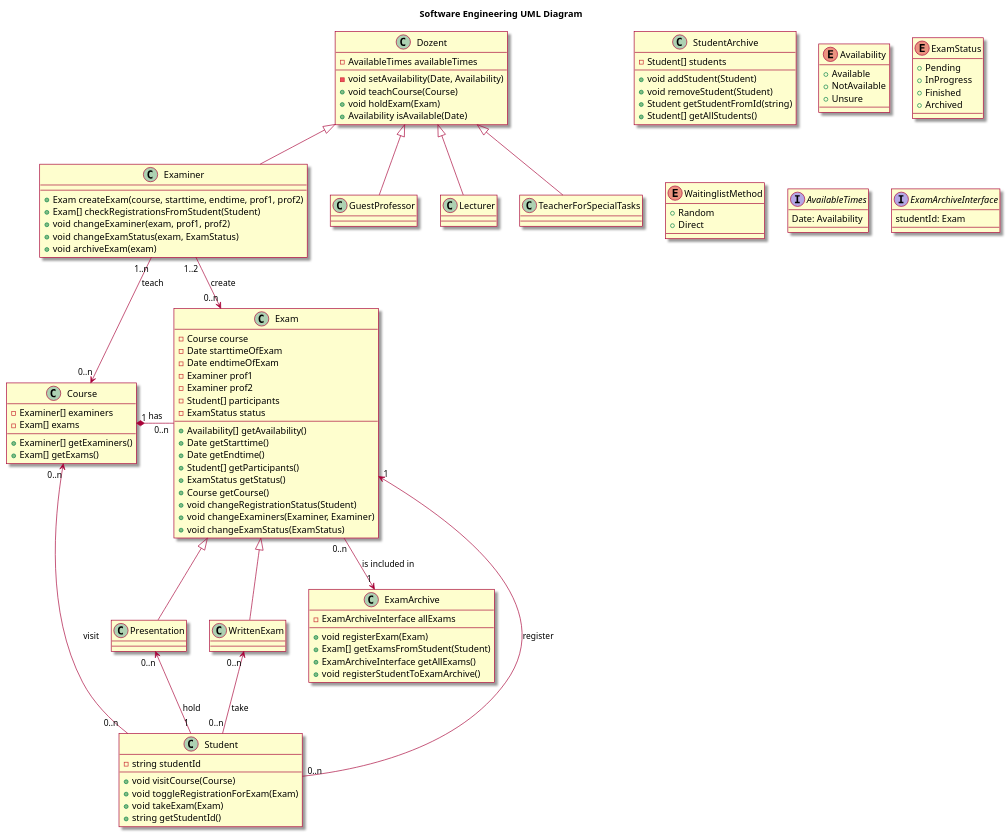
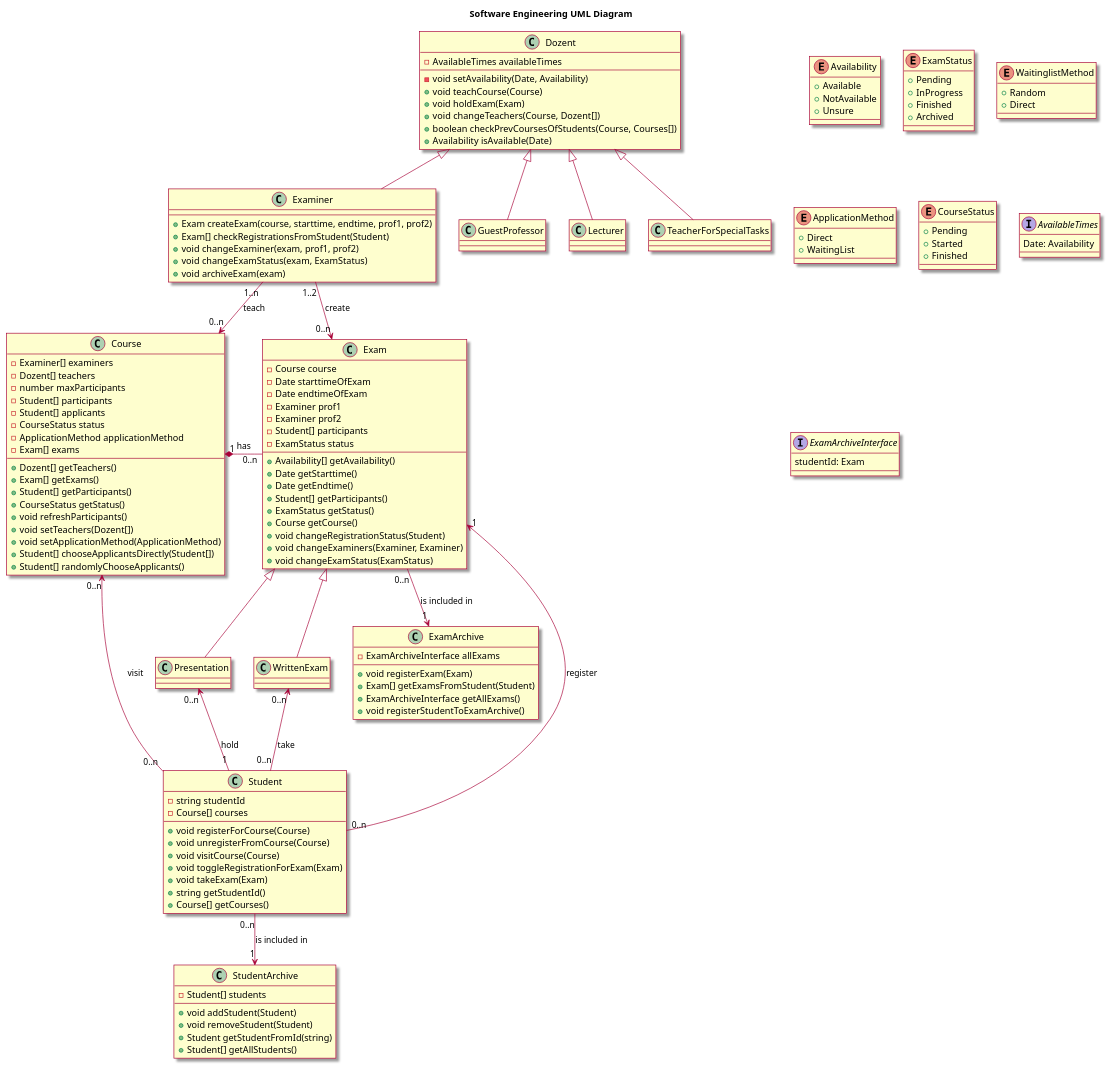
The diagram in diagrams/uml.puml (alexanderreiprich/Softwareengineering), drawn with PlantUML before and after one commit. The commit also changed 6 other files, not shown here.

```diff
--- a/diagrams/uml.puml
+++ b/diagrams/uml.puml
@@ -1,114 +1,147 @@
 @startuml name 
 
 title Software Engineering UML Diagram
 skin rose
 
 class Dozent {
   -AvailableTimes availableTimes
   -void setAvailability(Date, Availability)
   +void teachCourse(Course)
   +void holdExam(Exam)
+  +void changeTeachers(Course, Dozent[])
+  +boolean checkPrevCoursesOfStudents(Course, Courses[])
   +Availability isAvailable(Date)
 }
 
 class Examiner extends Dozent {
   +Exam createExam(course, starttime, endtime, prof1, prof2)
   +Exam[] checkRegistrationsFromStudent(Student)
   +void changeExaminer(exam, prof1, prof2)
   +void changeExamStatus(exam, ExamStatus)
   +void archiveExam(exam)
 }
 
 class GuestProfessor extends Dozent {}
 class Lecturer extends Dozent {}
 class TeacherForSpecialTasks extends Dozent {}
 
 class Student {
   -string studentId
+  -Course[] courses
+  +void registerForCourse(Course)
+  +void unregisterFromCourse(Course)
   +void visitCourse(Course)
   +void toggleRegistrationForExam(Exam)
   +void takeExam(Exam)
   +string getStudentId()
+  +Course[] getCourses()
 }
 
 class Exam {
   -Course course
   -Date starttimeOfExam
   -Date endtimeOfExam
   -Examiner prof1
   -Examiner prof2
   -Student[] participants
   -ExamStatus status
   +Availability[] getAvailability()
   +Date getStarttime()
   +Date getEndtime()
   +Student[] getParticipants()
   +ExamStatus getStatus()
   +Course getCourse()
   +void changeRegistrationStatus(Student)
   +void changeExaminers(Examiner, Examiner)
   +void changeExamStatus(ExamStatus)
 }
 
 class ExamArchive {
   -ExamArchiveInterface allExams
   +void registerExam(Exam)
   +Exam[] getExamsFromStudent(Student)
   +ExamArchiveInterface getAllExams()
   +void registerStudentToExamArchive()
 }
 
 class StudentArchive {
   -Student[] students
   +void addStudent(Student)
   +void removeStudent(Student)
   +Student getStudentFromId(string)
   +Student[] getAllStudents()
 }
 
 class Presentation extends Exam {}
 class WrittenExam extends Exam {}
 
 class Course {
   -Examiner[] examiners
+  -Dozent[] teachers
+  -number maxParticipants
+  -Student[] participants
+  -Student[] applicants
+  -CourseStatus status 
+  -ApplicationMethod applicationMethod 
   -Exam[] exams
-  +Examiner[] getExaminers()
+  +Dozent[] getTeachers()
   +Exam[] getExams()
+  +Student[] getParticipants()
+  +CourseStatus getStatus()
+  +void refreshParticipants()
+  +void setTeachers(Dozent[])
+  +void setApplicationMethod(ApplicationMethod)
+  +Student[] chooseApplicantsDirectly(Student[])
+  +Student[] randomlyChooseApplicants()
+  
 }
 
 enum Availability {
   +Available
   +NotAvailable
   +Unsure
 }
 
 enum ExamStatus {
   +Pending
   +InProgress
   +Finished
   +Archived
 }
 
 enum WaitinglistMethod {
   +Random
   +Direct
 }
 
+enum ApplicationMethod {
+  +Direct
+  +WaitingList
+}
+
+enum CourseStatus {
+  +Pending
+  +Started
+  +Finished
+}
+
 interface AvailableTimes {
   Date: Availability
 }
 
 interface ExamArchiveInterface {
   studentId: Exam
 }
 
 Student "0..n" -up-> "0..n" Course: visit
 Student "0..n" -up-> "0..n" WrittenExam: take
 Student "1" -up-> "0..n" Presentation: hold
 Student "0..n" --> "1" Exam: register
 Examiner "1..n" -down-> "0..n" Course: teach
 Examiner "1..2" -down-> "0..n" Exam: create
 Exam "0..n" -left-* "1" Course: has
 Exam "0..n" --> "1" ExamArchive: is included in
+Student "0..n" --> "1" StudentArchive: is included in
+
 
 @enduml
```
